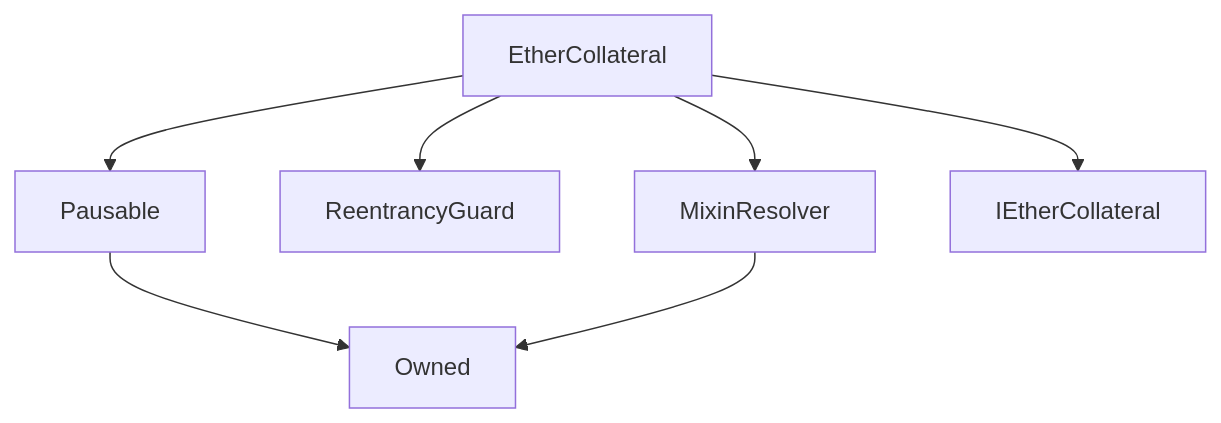
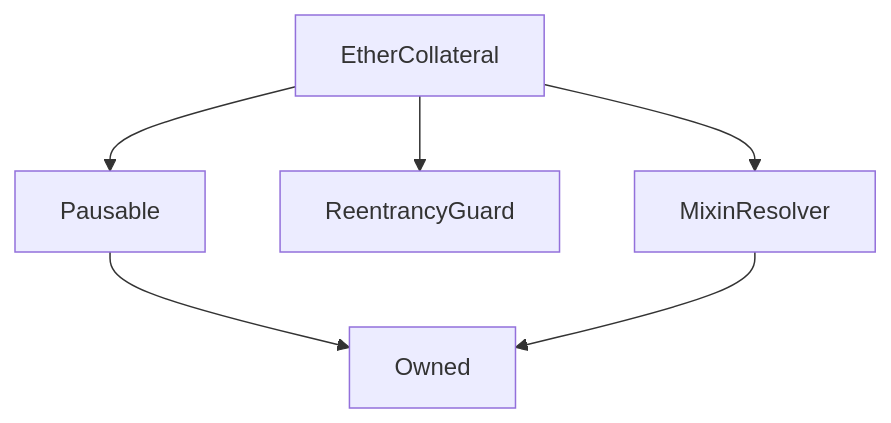
One commit to Synthetixio/synthetix-docs changed the diagram in content/contracts/EtherCollateral.md. Above: the diagram before and after it, drawn with Mermaid. The commit also changed 46 other files, not shown here.

````diff
--- a/content/contracts/EtherCollateral.md
+++ b/content/contracts/EtherCollateral.md
@@ -9,9 +9,8 @@
 ```mermaid
 graph TD
     EtherCollateral[EtherCollateral] --> Pausable[Pausable]
     EtherCollateral[EtherCollateral] --> ReentrancyGuard[ReentrancyGuard]
     EtherCollateral[EtherCollateral] --> MixinResolver[MixinResolver]
-    EtherCollateral[EtherCollateral] --> IEtherCollateral[IEtherCollateral]
     Pausable[Pausable] --> Owned[Owned]
     MixinResolver[MixinResolver] --> Owned[Owned]
 ```
````
